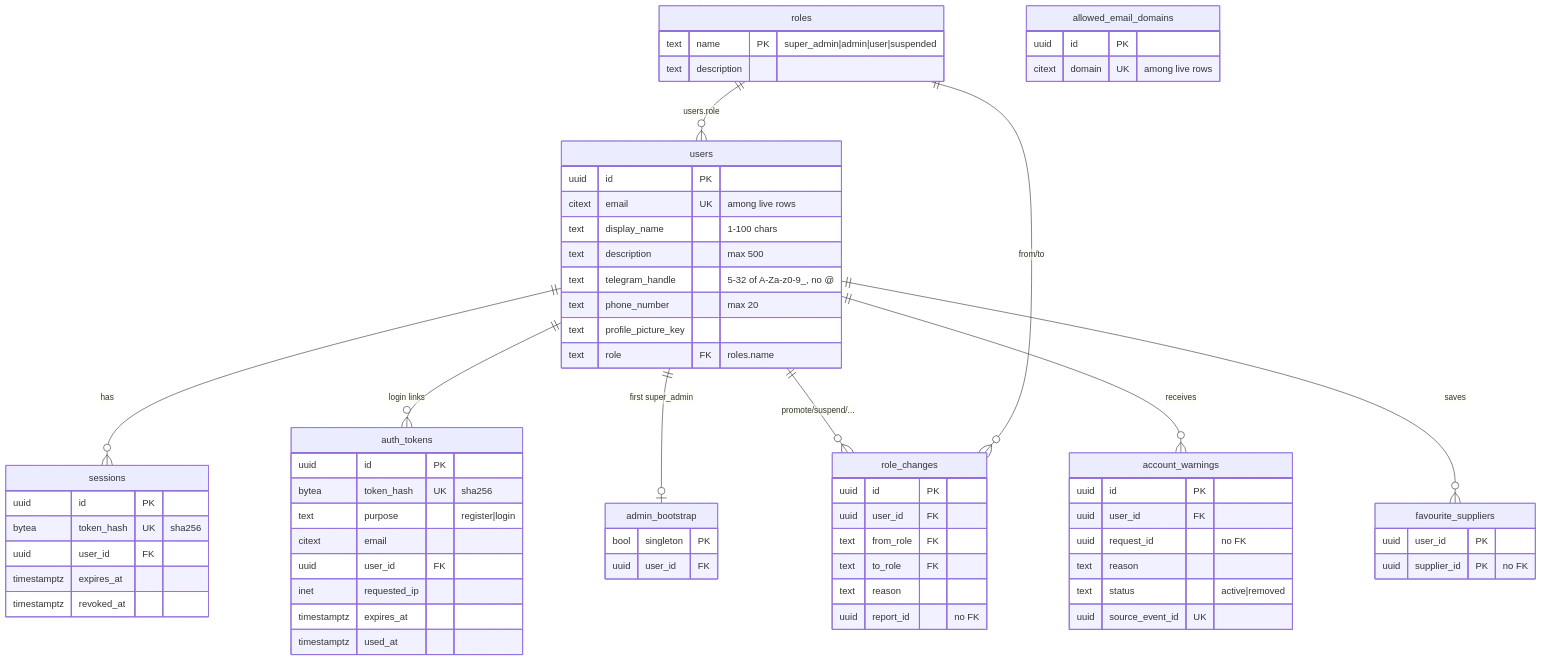
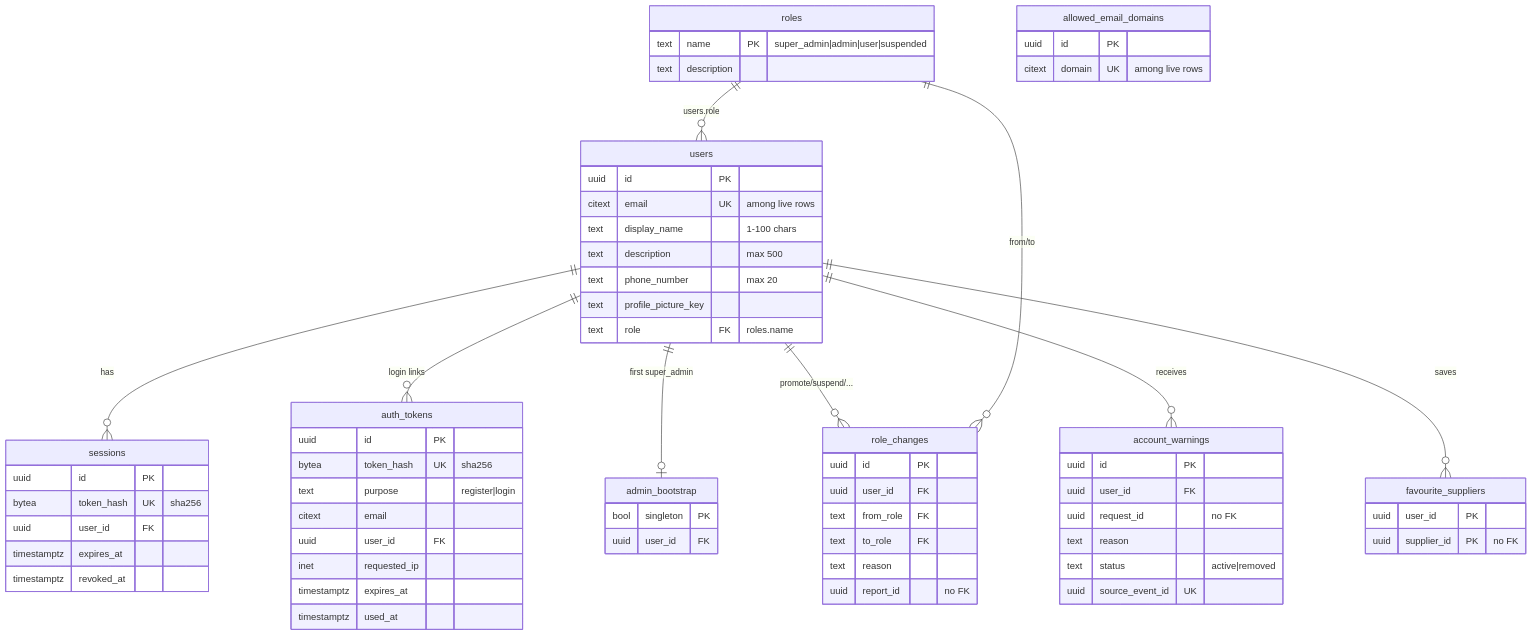
The diagram in user-service/docs/schema.md (AY2627S1-CS3219-P1/FoC), drawn with Mermaid before and after one commit. The commit also changed other lines of this file and 33 other files, not shown here.

First line of the commit message:
refactor(user): replace telegram_handle with a required phone number

````diff
--- a/user-service/docs/schema.md
+++ b/user-service/docs/schema.md
@@ -10,71 +10,70 @@
 ```mermaid
 erDiagram
     roles ||--o{ users : "users.role"
     users ||--o{ sessions : has
     users ||--o{ auth_tokens : "login links"
     users ||--o| admin_bootstrap : "first super_admin"
     users ||--o{ role_changes : "promote/suspend/..."
     roles ||--o{ role_changes : "from/to"
     users ||--o{ account_warnings : receives
     users ||--o{ favourite_suppliers : saves
 
     users {
         uuid id PK
         citext email UK "among live rows"
         text display_name "1-100 chars"
         text description "max 500"
-        text telegram_handle "5-32 of A-Za-z0-9_, no @"
         text phone_number "max 20"
         text profile_picture_key
         text role FK "roles.name"
     }
     roles {
         text name PK "super_admin|admin|user|suspended"
         text description
     }
     admin_bootstrap {
         bool singleton PK
         uuid user_id FK
     }
     allowed_email_domains {
         uuid id PK
         citext domain UK "among live rows"
     }
     auth_tokens {
         uuid id PK
         bytea token_hash UK "sha256"
         text purpose "register|login"
         citext email
         uuid user_id FK
         inet requested_ip
         timestamptz expires_at
         timestamptz used_at
     }
     sessions {
         uuid id PK
         bytea token_hash UK "sha256"
         uuid user_id FK
         timestamptz expires_at
         timestamptz revoked_at
     }
     role_changes {
         uuid id PK
         uuid user_id FK
         text from_role FK
         text to_role FK
         text reason
         uuid report_id "no FK"
     }
     account_warnings {
         uuid id PK
         uuid user_id FK
         uuid request_id "no FK"
         text reason
         text status "active|removed"
         uuid source_event_id UK
     }
     favourite_suppliers {
         uuid user_id PK
         uuid supplier_id PK "no FK"
     }
 ```
````
